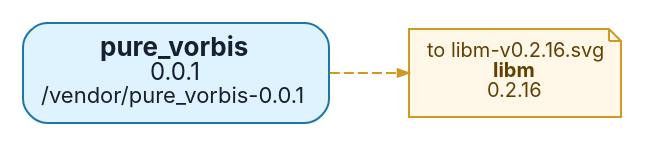
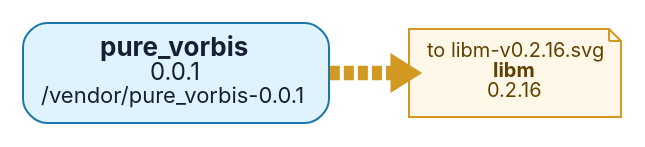
The diagram in tools/depgraph/by-root/pure_vorbis-v0.0.1.dot (t4ce/TRUEOS), drawn with Graphviz before and after one commit. The commit also changed 143 other files, not shown here.

```diff
--- a/tools/depgraph/by-root/pure_vorbis-v0.0.1.dot
+++ b/tools/depgraph/by-root/pure_vorbis-v0.0.1.dot
@@ -1,11 +1,11 @@
 digraph "pure_vorbis-v0.0.1" {
   graph [rankdir=LR, bgcolor="white", overlap=false, splines=true, nodesep=0.35, ranksep=0.55];
   node [shape=box, style="rounded,filled", fontname="Inter,Arial", fontsize=10, margin="0.13,0.10", color="#8b9bb0", fillcolor="#f7f9fb", fontcolor="#172033"];
-  edge [color="#9aa8b8", arrowsize=0.55, penwidth=0.9];
+  edge [color="#9aa8b8", arrowsize=0.55, penwidth=7.2];
   n0 [label=<<FONT POINT-SIZE="13"><B>pure_vorbis</B></FONT><BR/><FONT POINT-SIZE="12">0.0.1</FONT><BR/><FONT POINT-SIZE="11">/vendor/pure_vorbis-0.0.1</FONT>>, fillcolor="#dff3ff", color="#1b78a6"];
   out0 [label=<to libm-v0.2.16.svg<BR/><B>libm</B><BR/>0.2.16>, shape=note, style="filled", fillcolor="#fff8e8", color="#d19922", fontcolor="#614000"];
   n0 -> out0 [style=dashed, color="#d19922"];
   // collapsed leaf ends: 0
   // centered two-input leaves: 0
   // nested two-input leaves: 0
 }
```
